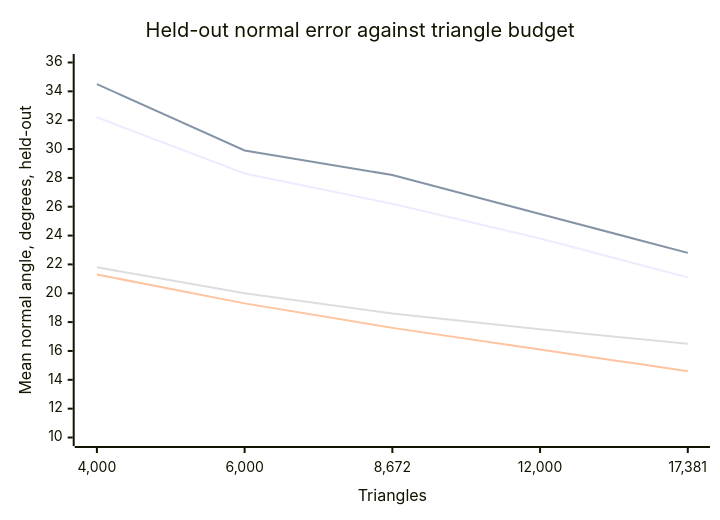
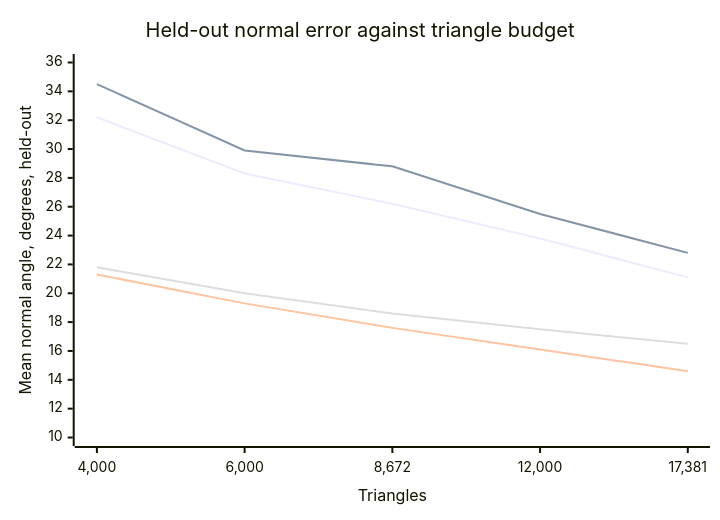
One commit to jose-villegas/autana changed the fifth of 6 diagrams in launcher/main/apps/render_lab/tools/README.md. Above: the diagram before and after it, drawn with Mermaid. The commit also changed other lines of this file and 19 other files, not shown here.

````diff
--- a/launcher/main/apps/render_lab/tools/README.md
+++ b/launcher/main/apps/render_lab/tools/README.md
@@ -311,10 +311,10 @@
 ```mermaid
 xychart-beta
     title "Held-out normal error against triangle budget"
     x-axis "Triangles" ["4,000", "6,000", "8,672", "12,000", "17,381"]
     y-axis "Mean normal angle, degrees, held-out" 10 --> 36
     line [32.2, 28.3, 26.2, 23.8, 21.1]
-    line [34.5, 29.9, 28.2, 25.5, 22.8]
+    line [34.5, 29.9, 28.8, 25.5, 22.8]
     line [21.3, 19.3, 17.6, 16.1, 14.6]
     line [21.8, 20.0, 18.6, 17.5, 16.5]
 ```
````
